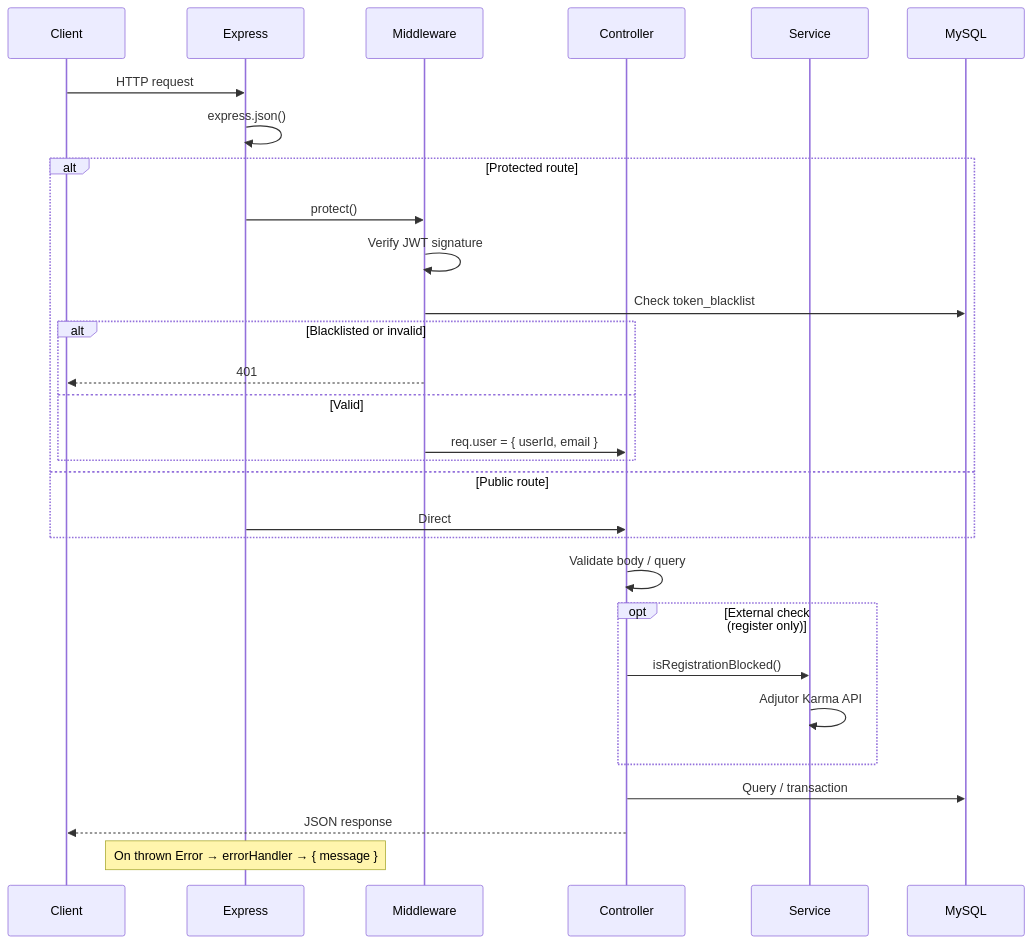
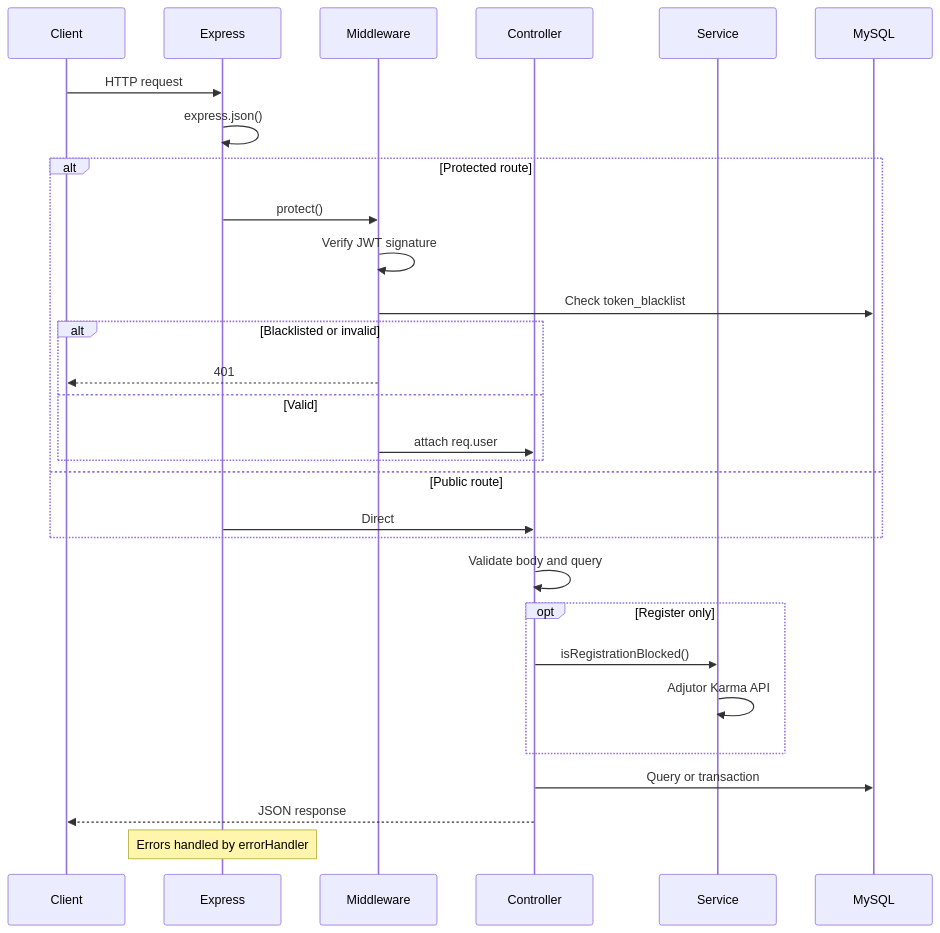
The second of 7 diagrams in Architecture.md (Anaboy01/Demo-Credit), drawn with Mermaid before and after one commit. The commit also changed other lines of this file, not shown here.

First line of the commit message:
fix(docs): repair Auth flow and ER Mermaid diagrams for GitHub

````diff
--- a/Architecture.md
+++ b/Architecture.md
@@ -105,32 +105,32 @@
 ```mermaid
 sequenceDiagram
     participant C as Client
     participant E as Express
     participant M as Middleware
     participant H as Controller
     participant S as Service
     participant D as MySQL
 
     C->>E: HTTP request
     E->>E: express.json()
     alt Protected route
         E->>M: protect()
         M->>M: Verify JWT signature
         M->>D: Check token_blacklist
         alt Blacklisted or invalid
             M-->>C: 401
         else Valid
-            M->>H: req.user = { userId, email }
+            M->>H: attach req.user
         end
     else Public route
         E->>H: Direct
     end
-    H->>H: Validate body / query
-    opt External check (register only)
+    H->>H: Validate body and query
+    opt Register only
         H->>S: isRegistrationBlocked()
         S->>S: Adjutor Karma API
     end
-    H->>D: Query / transaction
+    H->>D: Query or transaction
     H-->>C: JSON response
-    Note over E: On thrown Error → errorHandler → { message }
+    Note over E: Errors handled by errorHandler
 ```
````
